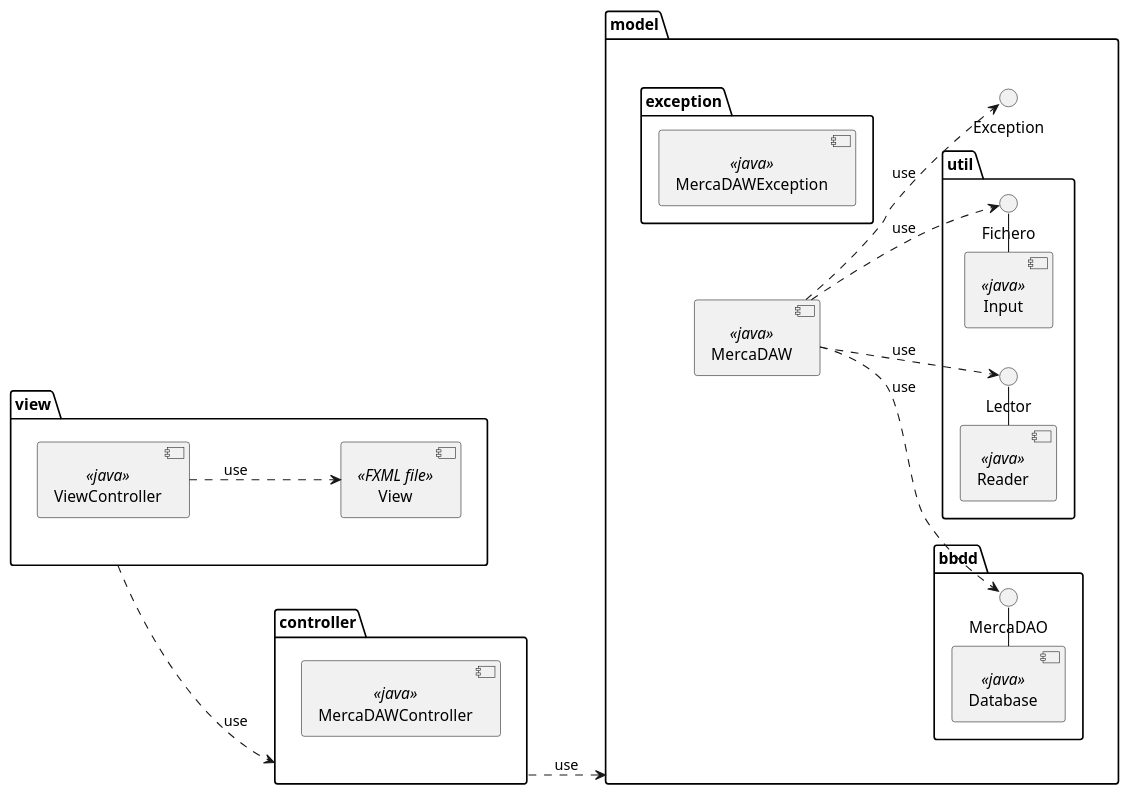
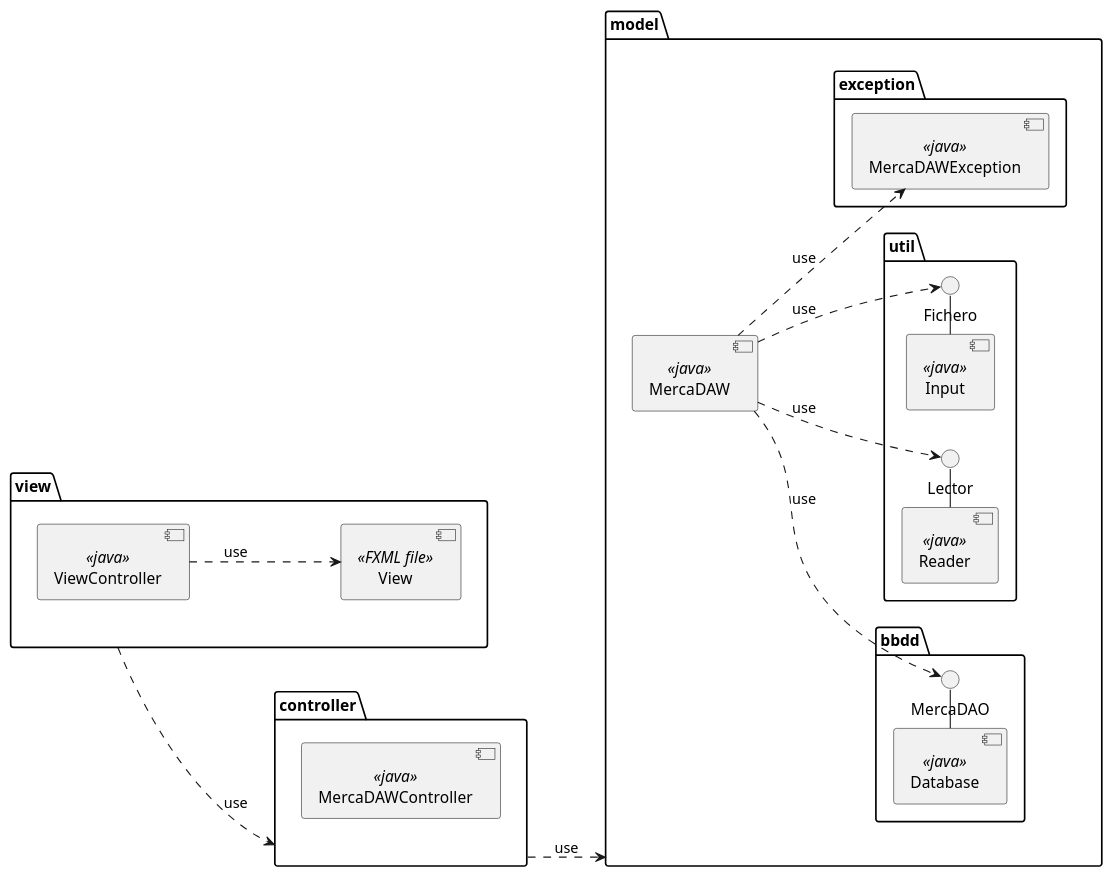
Before and after one commit to dmadcha/mercadaw_trabajo_ev3: the second of 2 diagrams in design/Componentes.pu, drawn with PlantUML.

Commit message:
Exception fix 2

```diff
--- a/design/Componentes.pu
+++ b/design/Componentes.pu
@@ -12,60 +12,60 @@
 @startuml disenyo
 
 left to right direction
 
 package view{
 
     component View <<FXML file>>
 
     component ViewController <<java>>
 }
 
 package controller{
     component MercaDAWController <<java>>
 
 }
 
 package model{
 
     component MercaDAW <<java>>
 
     package bbdd{
         component Database <<java>>
         () "MercaDAO" as DA
     }
 
     package util{
         component Reader <<java>>
           () "Lector" as Lector
         component Input <<java>>
           () "Fichero" as Fichero
 
     }
 
     package exception{
         component MercaDAWException <<java>>
     }
 
 
     ViewController ..> View: use
 
     view ..> controller: use
 
 
     controller ..> model: use
 
 
-    MercaDAW ..> Exception: use
+    MercaDAW ..> MercaDAWException: use
 
     MercaDAW ..> DA: use
     MercaDAW ..> Lector: use
     MercaDAW ..> Fichero: use
 
     Database - DA
     Reader - Lector
     Input - Fichero
 
 
 }
 
 @enduml
```
